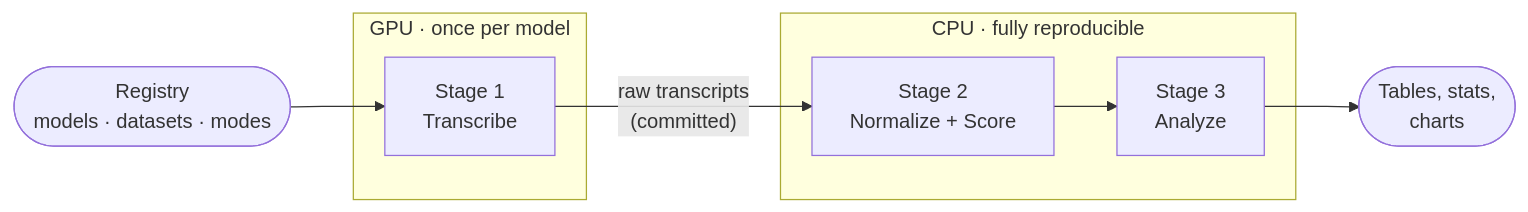
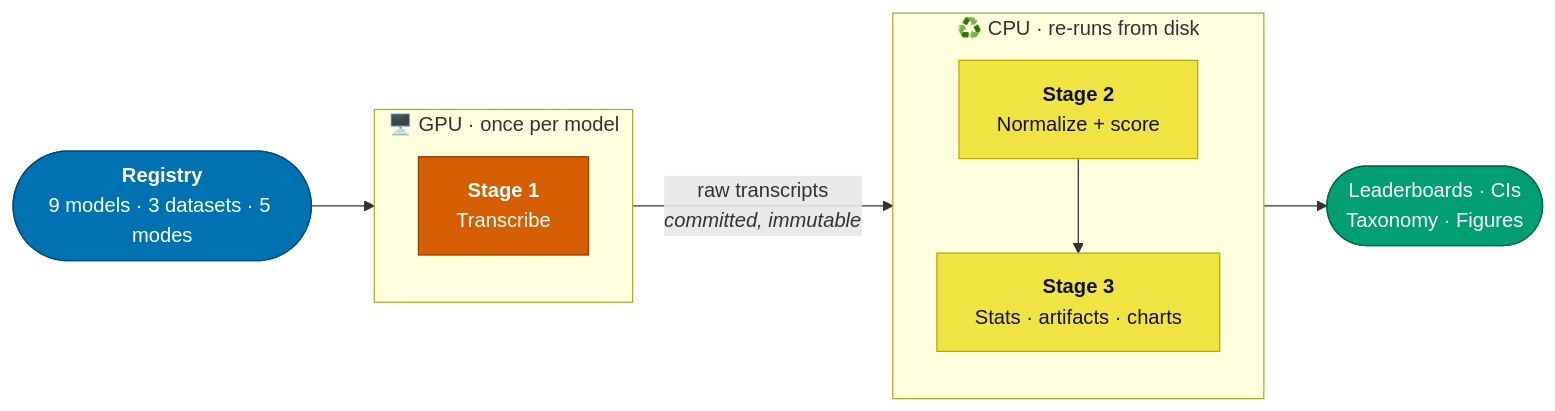
The diagram in README.md (theshivam7/indian-asr-bench), drawn with Mermaid before and after one commit. The commit also changed other lines of this file and 174 other files, not shown here.

````diff
--- a/README.md
+++ b/README.md
@@ -90,15 +120,26 @@
 ```mermaid
 flowchart LR
-    R(["Registry<br/>models · datasets · modes"]) --> S1
+    R(["<b>Registry</b><br/>9 models · 3 datasets · 5 modes"])
 
-    subgraph GPU["GPU · once per model"]
-        S1["Stage 1<br/>Transcribe"]
+    subgraph GPU ["🖥️ GPU · once per model"]
+        direction TB
+        S1["<b>Stage 1</b><br/>Transcribe"]
     end
 
-    subgraph CPU["CPU · fully reproducible"]
-        S2["Stage 2<br/>Normalize + Score"] --> S3["Stage 3<br/>Analyze"]
+    subgraph CPU ["♻️ CPU · re-runs from disk"]
+        direction TB
+        S2["<b>Stage 2</b><br/>Normalize + score"]
+        S3["<b>Stage 3</b><br/>Stats · artifacts · charts"]
+        S2 --> S3
     end
 
-    S1 -- "raw transcripts<br/>(committed)" --> S2
-    S3 --> O(["Tables, stats,<br/>charts"])
+    R --> S1
+    S1 -- "raw transcripts<br/><i>committed, immutable</i>" --> S2
+    S3 --> O(["Leaderboards · CIs<br/>Taxonomy · Figures"])
+
+    style R fill:#0072B2,stroke:#004c77,color:#fff
+    style O fill:#009E73,stroke:#00674c,color:#fff
+    style S1 fill:#D55E00,stroke:#8f3f00,color:#fff
+    style S2 fill:#F0E442,stroke:#b3aa00,color:#111
+    style S3 fill:#F0E442,stroke:#b3aa00,color:#111
 ```
````
